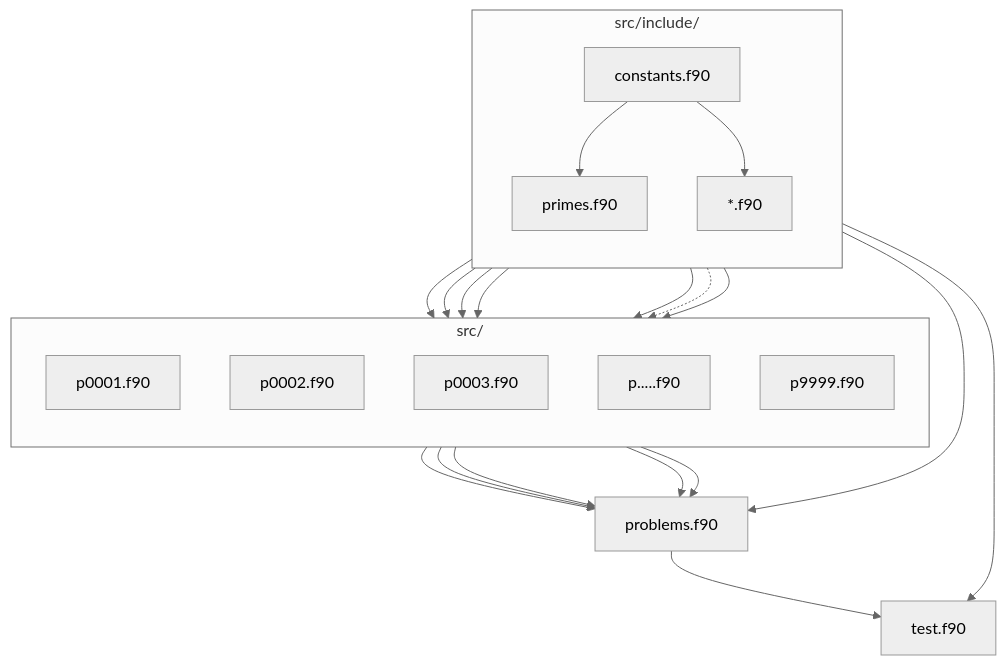
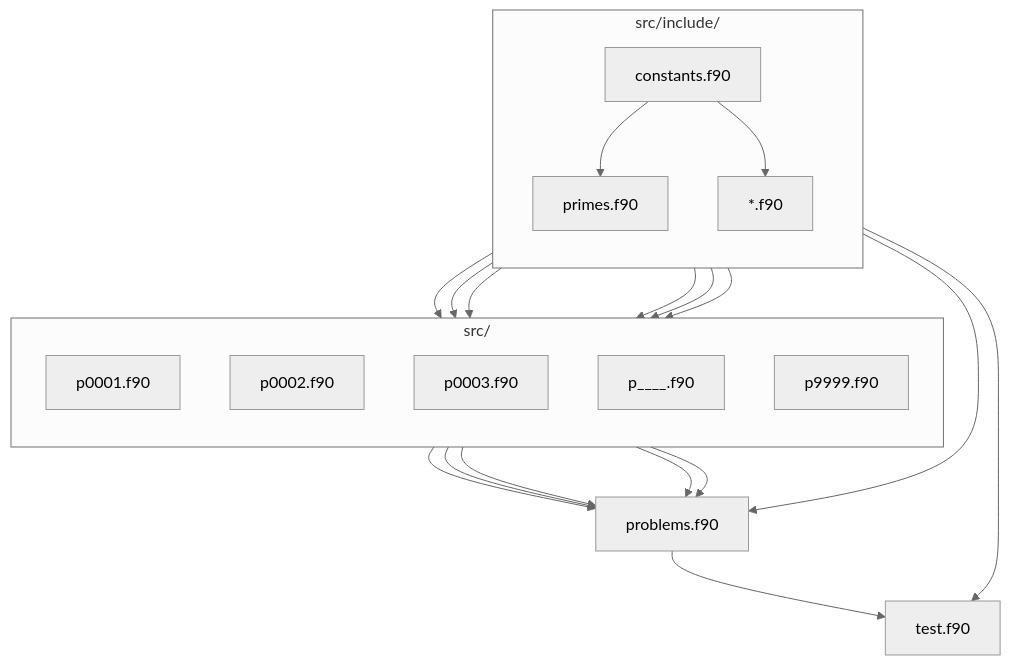
One commit to LivInTheLookingGlass/Euler changed the diagram in fortran/README.rst. Above: the diagram before and after it, drawn with Mermaid (neutral theme). The commit also changed other lines of this file and 12 other files, not shown here.

```diff
--- a/fortran/README.rst
+++ b/fortran/README.rst
@@ -44,37 +44,36 @@
 .. mermaid::
 
   flowchart TB
 
   subgraph include["src/include/"]
     direction TB
     constants["constants.f90"]
     primes["primes.f90"]
     misc["*.f90"]
   end
 
   subgraph src["src/"]
     direction TB
     p0001["p0001.f90"]
     p0002["p0002.f90"]
     p0003["p0003.f90"]
-    pxxxx["p.....f90"]
+    pxxxx["p____.f90"]
     p9999["p9999.f90"]
   end
 
   constants --> primes
   constants --> misc
-  constants --> src
   constants --> problems
   constants --> test
   constants --> p0001
   constants --> p0002
   constants --> p0003
   constants --> pxxxx
   constants --> p9999
-  primes -.-> p0003
+  primes --> p0003
   p0001 --> problems
   p0002 --> problems
   p0003 --> problems
   pxxxx --> problems
   p9999 --> problems
   problems["problems.f90"] --> test["test.f90"]
```
